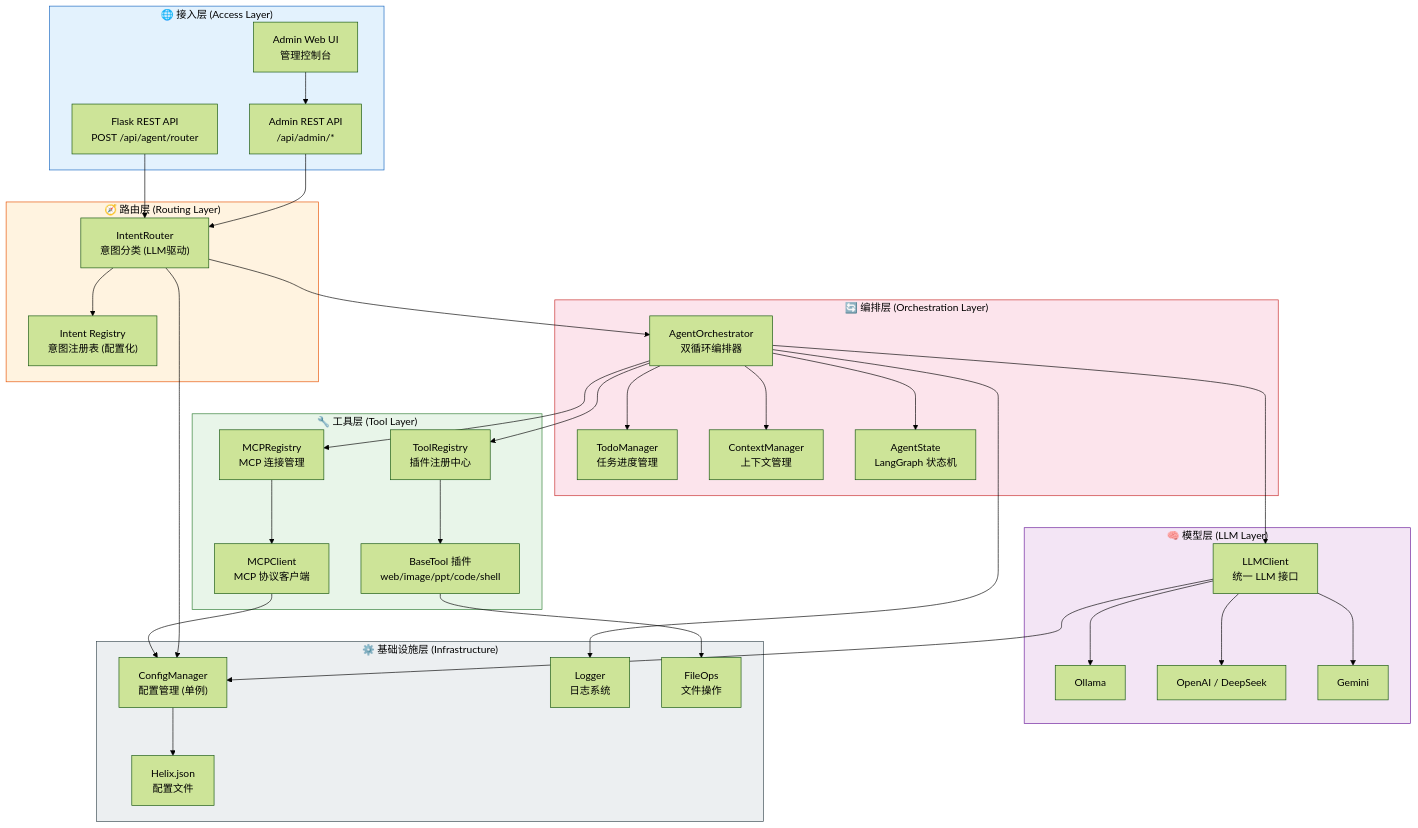
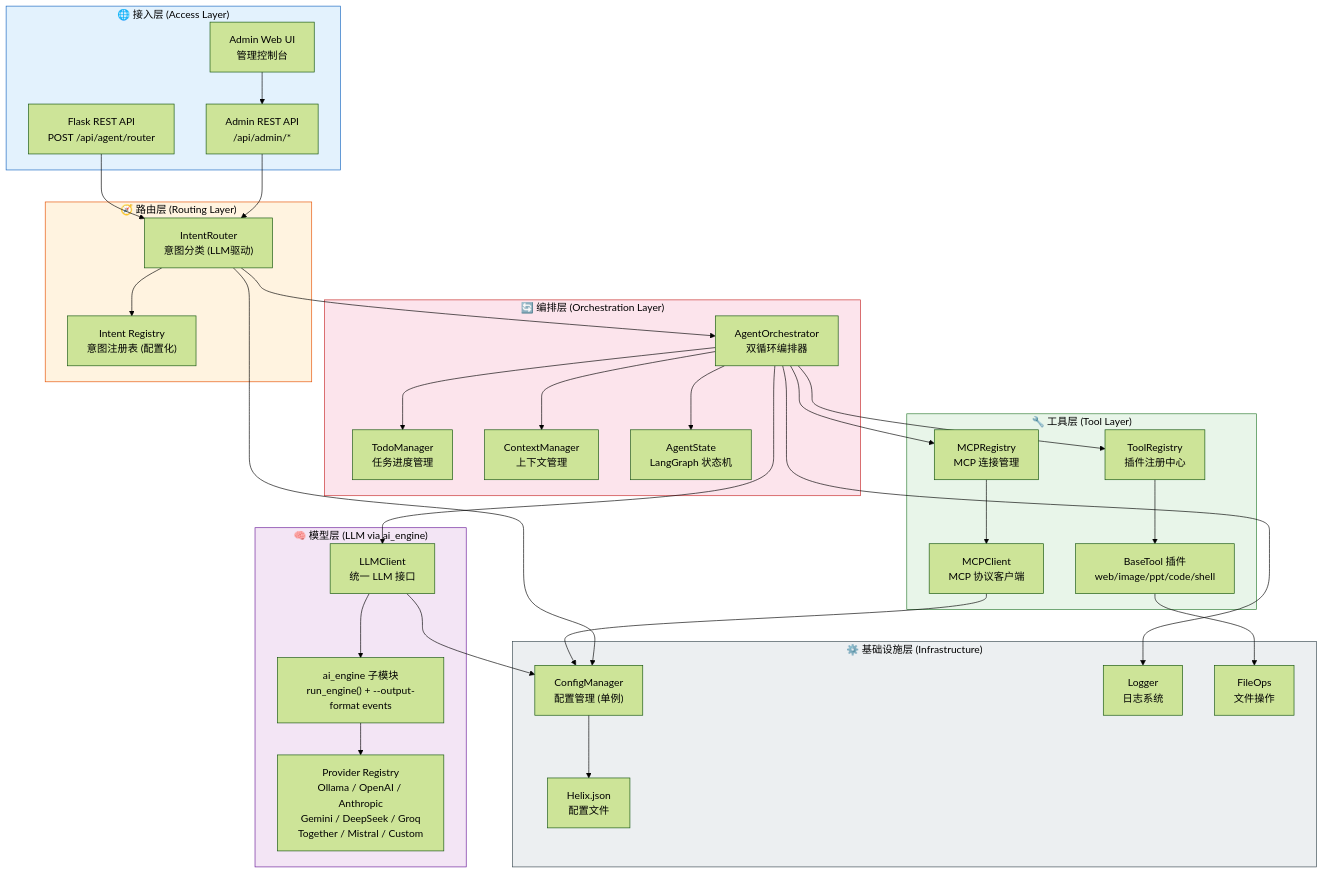
The first of 12 diagrams in doc/design.md (jimmylang74/Helix), drawn with Mermaid (forest theme) before and after one commit. The commit also changed other lines of this file and 13 other files, not shown here.

````diff
--- a/doc/design.md
+++ b/doc/design.md
@@ -45,71 +45,69 @@
 ```mermaid
 graph TB
     subgraph L1["🌐 接入层 (Access Layer)"]
         A1["Flask REST API<br/>POST /api/agent/router"]
         A2["Admin Web UI<br/>管理控制台"]
         A3["Admin REST API<br/>/api/admin/*"]
     end
 
     subgraph L2["🧭 路由层 (Routing Layer)"]
         B1["IntentRouter<br/>意图分类 (LLM驱动)"]
         B2["Intent Registry<br/>意图注册表 (配置化)"]
     end
 
     subgraph L3["🔄 编排层 (Orchestration Layer)"]
         C1["AgentOrchestrator<br/>双循环编排器"]
         C2["TodoManager<br/>任务进度管理"]
         C3["ContextManager<br/>上下文管理"]
         C4["AgentState<br/>LangGraph 状态机"]
     end
 
     subgraph L4["🔧 工具层 (Tool Layer)"]
         D1["ToolRegistry<br/>插件注册中心"]
         D2["BaseTool 插件<br/>web/image/ppt/code/shell"]
         D3["MCPRegistry<br/>MCP 连接管理"]
         D4["MCPClient<br/>MCP 协议客户端"]
     end
 
-    subgraph L5["🧠 模型层 (LLM Layer)"]
+    subgraph L5["🧠 模型层 (LLM via ai_engine)"]
         E1["LLMClient<br/>统一 LLM 接口"]
-        E2["Ollama"]
-        E3["OpenAI / DeepSeek"]
-        E4["Gemini"]
+        E2["ai_engine 子模块<br/>run_engine() + --output-format events"]
+        E3["Provider Registry<br/>Ollama / OpenAI / Anthropic<br/>Gemini / DeepSeek / Groq<br/>Together / Mistral / Custom"]
     end
 
     subgraph L6["⚙️ 基础设施层 (Infrastructure)"]
         F1["ConfigManager<br/>配置管理 (单例)"]
         F2["Logger<br/>日志系统"]
         F3["FileOps<br/>文件操作"]
         F4["Helix.json<br/>配置文件"]
     end
 
     A1 --> B1
     A2 --> A3
     A3 --> B1
     B1 --> B2
     B1 --> C1
     C1 --> C2
     C1 --> C3
     C1 --> C4
     C1 --> D1
     C1 --> D3
     D1 --> D2
     D3 --> D4
     C1 --> E1
     E1 --> E2
-    E1 --> E3
-    E1 --> E4
+    E2 --> E3
     D2 --> F3
     D4 --> F1
     E1 --> F1
     B1 --> F1
     C1 --> F2
     F1 --> F4
 
     style L1 fill:#e3f2fd,stroke:#1565c0,color:#000
     style L2 fill:#fff3e0,stroke:#e65100,color:#000
     style L3 fill:#fce4ec,stroke:#c62828,color:#000
     style L4 fill:#e8f5e9,stroke:#2e7d32,color:#000
     style L5 fill:#f3e5f5,stroke:#6a1b9a,color:#000
     style L6 fill:#eceff1,stroke:#37474f,color:#000
 ```
````
